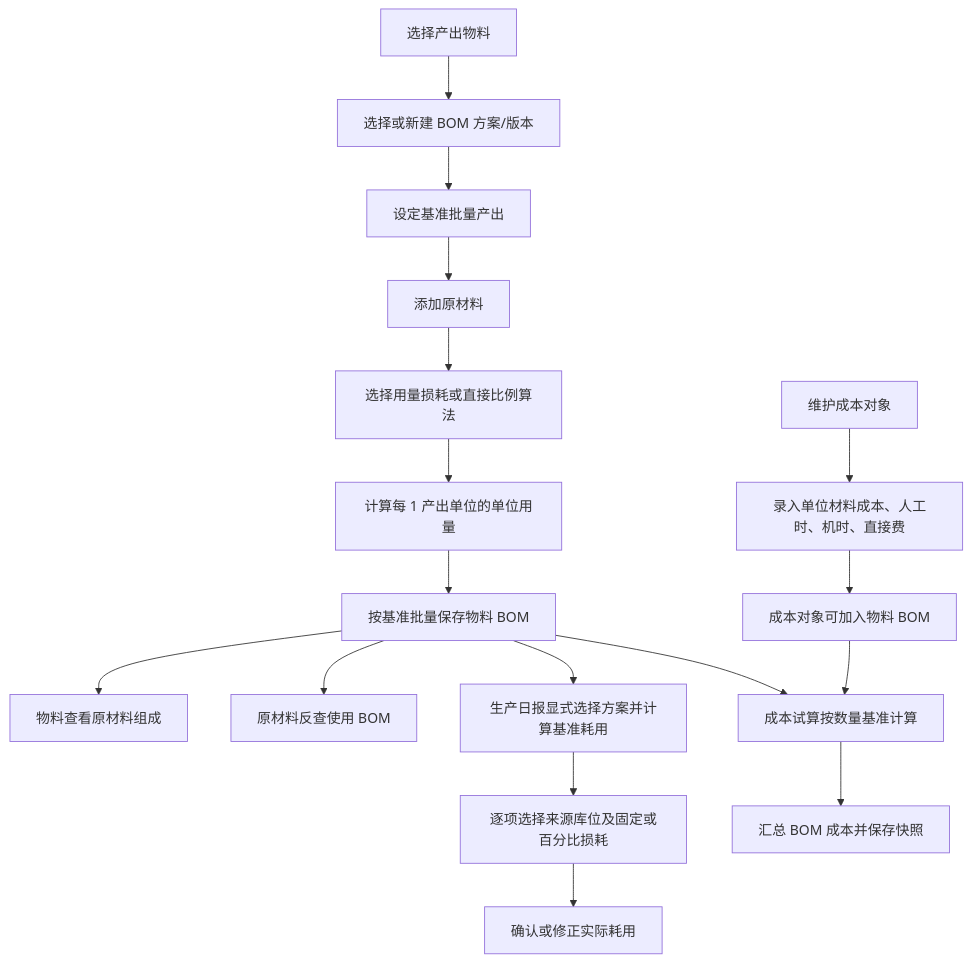
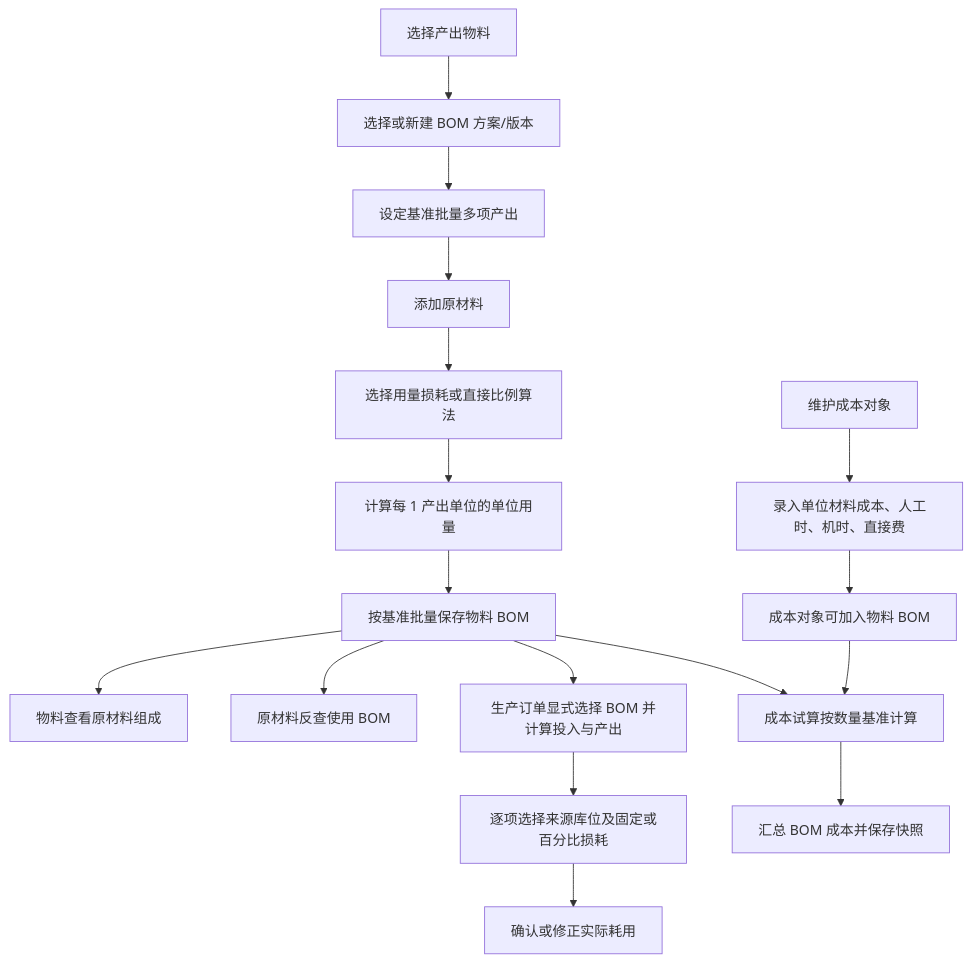
Before and after one commit to goldf2/mes-lite: diagram 13 of 17 in docs/minierp/system-function-flow.md, drawn with Mermaid. The commit also changed other lines of this file and 28 other files, not shown here.

````diff
--- a/docs/minierp/system-function-flow.md
+++ b/docs/minierp/system-function-flow.md
@@ -417,19 +417,19 @@
 ```mermaid
 flowchart TD
   A["选择产出物料"] --> V["选择或新建 BOM 方案/版本"]
-  V --> Q["设定基准批量产出"]
+  V --> Q["设定基准批量多项产出"]
   Q --> B["添加原材料"]
   B --> C["选择用量损耗或直接比例算法"]
   C --> R["计算每 1 产出单位的单位用量"]
   R --> D["按基准批量保存物料 BOM"]
   D --> E["物料查看原材料组成"]
   D --> F["原材料反查使用 BOM"]
   D --> G["成本试算按数量基准计算"]
-  D --> P["生产日报显式选择方案并计算基准耗用"]
+  D --> P["生产订单显式选择 BOM 并计算投入与产出"]
   P --> L["逐项选择来源库位及固定或百分比损耗"]
   L --> M["确认或修正实际耗用"]
   H["维护成本对象"] --> I["录入单位材料成本、人工时、机时、直接费"]
   I --> J["成本对象可加入物料 BOM"]
   J --> G
   G --> K["汇总 BOM 成本并保存快照"]
 ```
````
